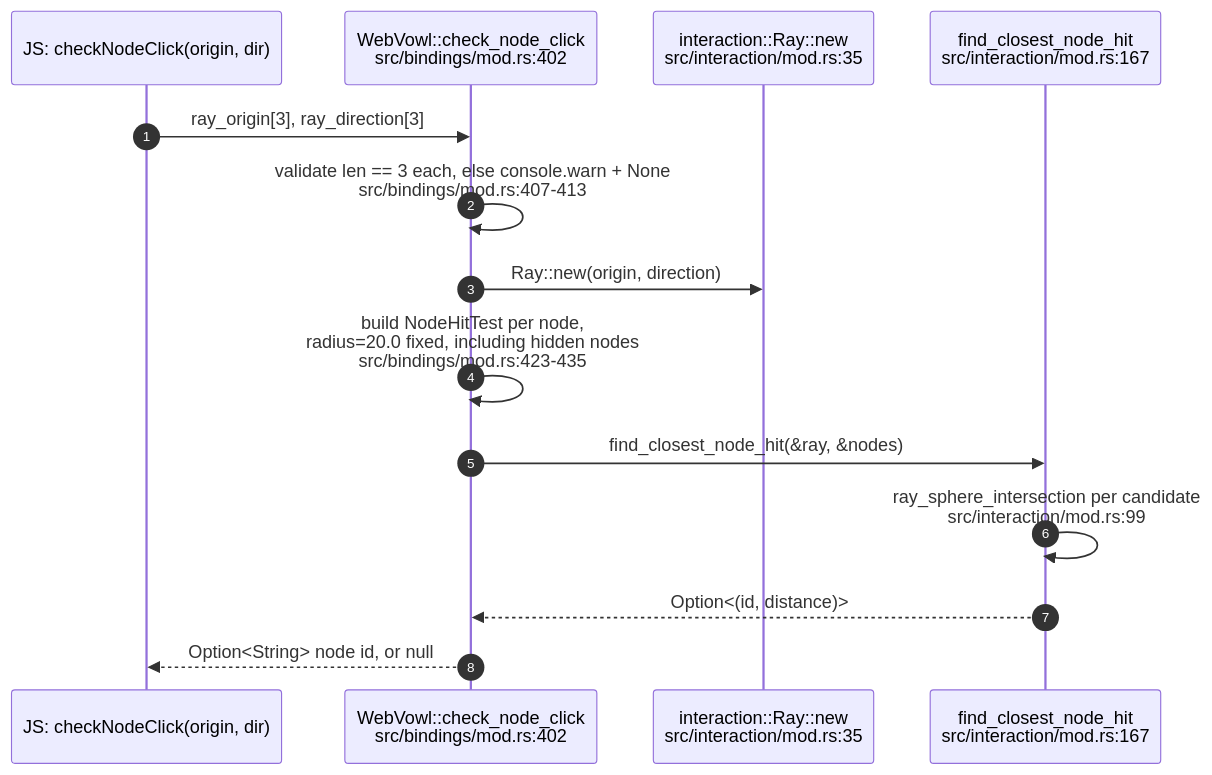
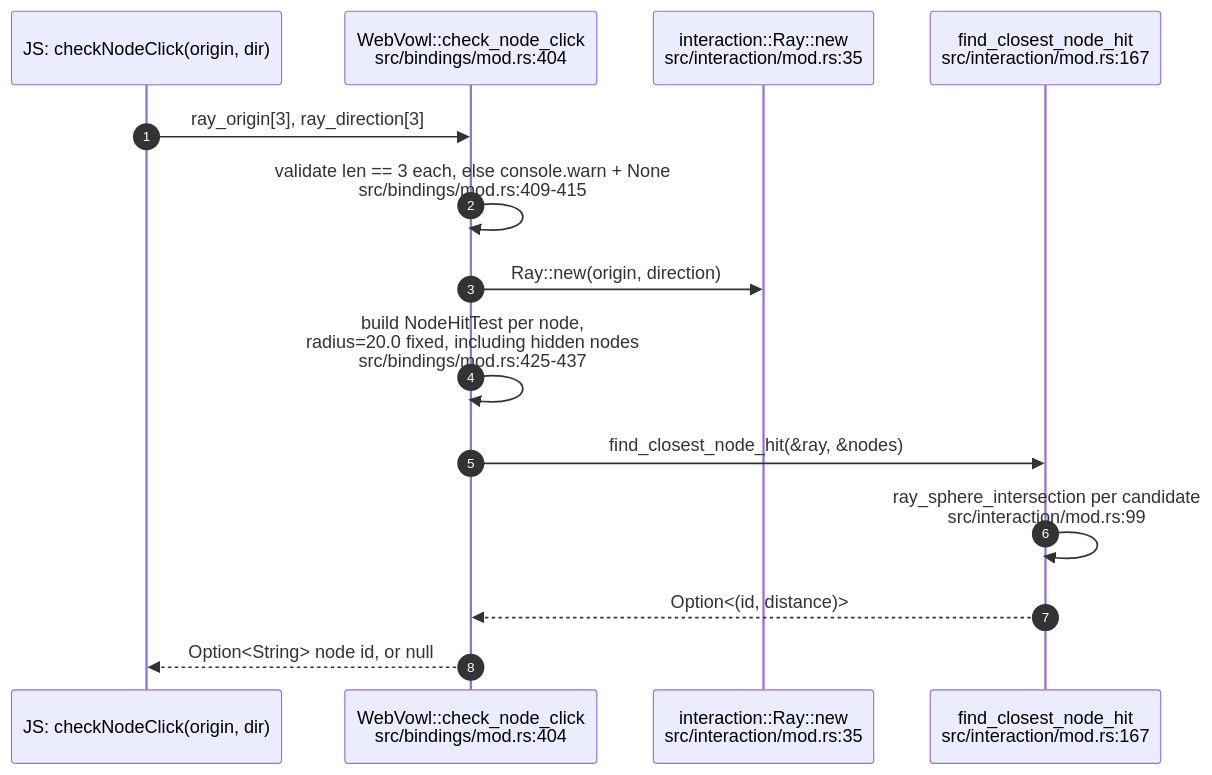
One commit to DreamLab-AI/VisionFlow changed the third of 7 diagrams in docs/diagrams/vowl-wasm/04-js-api-examples-and-consumers.md. Above: the diagram before and after it, drawn with Mermaid. The commit also changed other lines of this file and 154 other files, not shown here.

First line of the commit message:
docs(diagrams): re-stamp 154 topics whose every citation still reads the same text at the current heads

````diff
--- a/docs/diagrams/vowl-wasm/04-js-api-examples-and-consumers.md
+++ b/docs/diagrams/vowl-wasm/04-js-api-examples-and-consumers.md
@@ -65,16 +65,16 @@
 ```mermaid
 sequenceDiagram
     autonumber
     participant JS as JS: checkNodeClick(origin, dir)
-    participant WV as WebVowl::check_node_click<br/>src/bindings/mod.rs:402
+    participant WV as WebVowl::check_node_click<br/>src/bindings/mod.rs:404
     participant R as interaction::Ray::new<br/>src/interaction/mod.rs:35
     participant F as find_closest_node_hit<br/>src/interaction/mod.rs:167
     JS->>WV: ray_origin[3], ray_direction[3]
-    WV->>WV: validate len == 3 each, else console.warn + None<br/>src/bindings/mod.rs:407-413
+    WV->>WV: validate len == 3 each, else console.warn + None<br/>src/bindings/mod.rs:409-415
     WV->>R: Ray::new(origin, direction)
-    WV->>WV: build NodeHitTest per node,<br/>radius=20.0 fixed, including hidden nodes<br/>src/bindings/mod.rs:423-435
+    WV->>WV: build NodeHitTest per node,<br/>radius=20.0 fixed, including hidden nodes<br/>src/bindings/mod.rs:425-437
     WV->>F: find_closest_node_hit(&ray, &nodes)
     F->>F: ray_sphere_intersection per candidate<br/>src/interaction/mod.rs:99
     F-->>WV: Option<(id, distance)>
     WV-->>JS: Option<String> node id, or null
 ```
````
